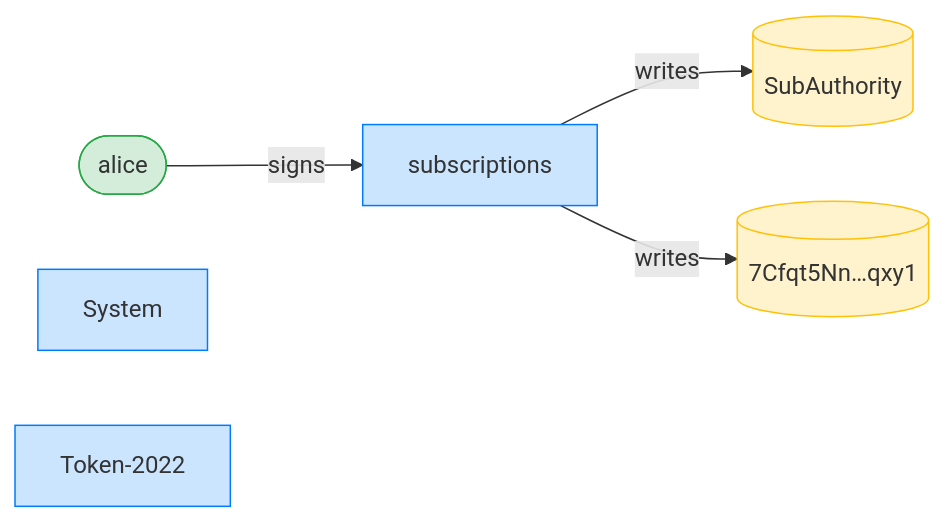
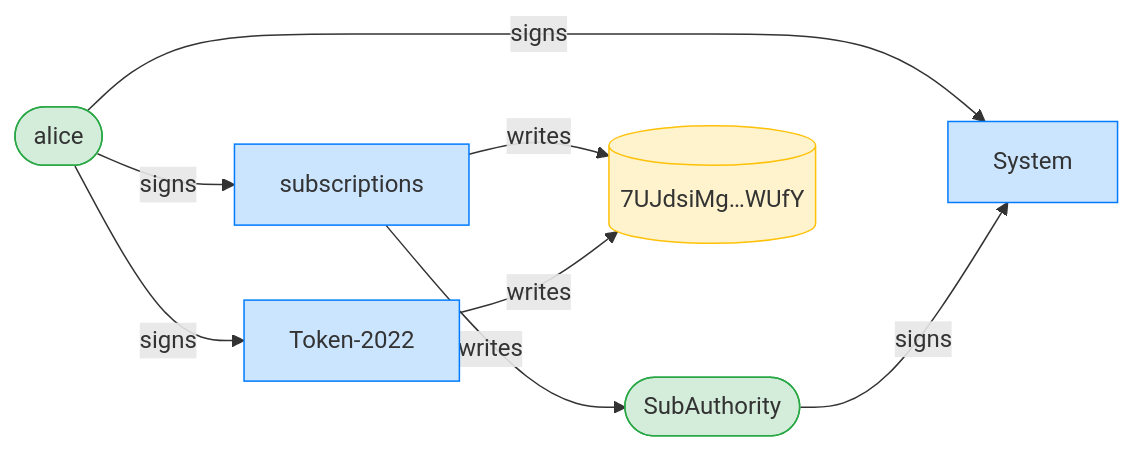
One commit to cds-rs/subscriptions changed the third of 4 diagrams in dsl_tests/initialize-over-a-token-2022-mint---mintcloseauthority--confidentialtransfermint--.md. Above: the diagram before and after it, drawn with Mermaid. The commit also changed other lines of this file and 224 other files, not shown here.

````diff
--- a/dsl_tests/initialize-over-a-token-2022-mint---mintcloseauthority--confidentialtransfermint--.md
+++ b/dsl_tests/initialize-over-a-token-2022-mint---mintcloseauthority--confidentialtransfermint--.md
@@ -55,15 +56,19 @@
 ```mermaid
 flowchart LR
     classDef signer fill:#d4edda,stroke:#28a745;
     classDef program fill:#cce5ff,stroke:#007bff;
     classDef writable fill:#fff3cd,stroke:#ffc107;
     subscriptions[subscriptions]:::program
     alice([alice]):::signer
-    SubAuthority[(SubAuthority)]:::writable
-    7Cfqt5Nn_qxy1[("7Cfqt5Nn…qxy1")]:::writable
+    SubAuthority([SubAuthority]):::signer
+    7UJdsiMg_WUfY[("7UJdsiMg…WUfY")]:::writable
     System[System]:::program
     Token_2022["Token-2022"]:::program
     alice -->|signs| subscriptions
+    alice -->|signs| System
+    SubAuthority -->|signs| System
+    alice -->|signs| Token_2022
     subscriptions -->|writes| SubAuthority
-    subscriptions -->|writes| 7Cfqt5Nn_qxy1
+    subscriptions -->|writes| 7UJdsiMg_WUfY
+    Token_2022 -->|writes| 7UJdsiMg_WUfY
 ```
````
